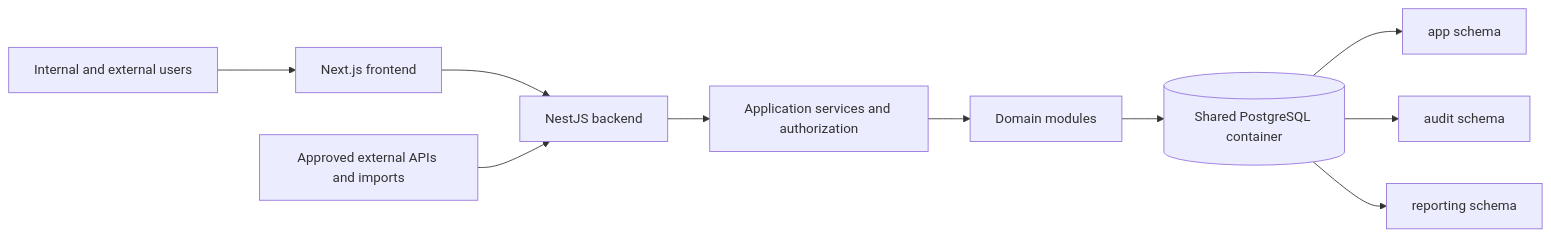
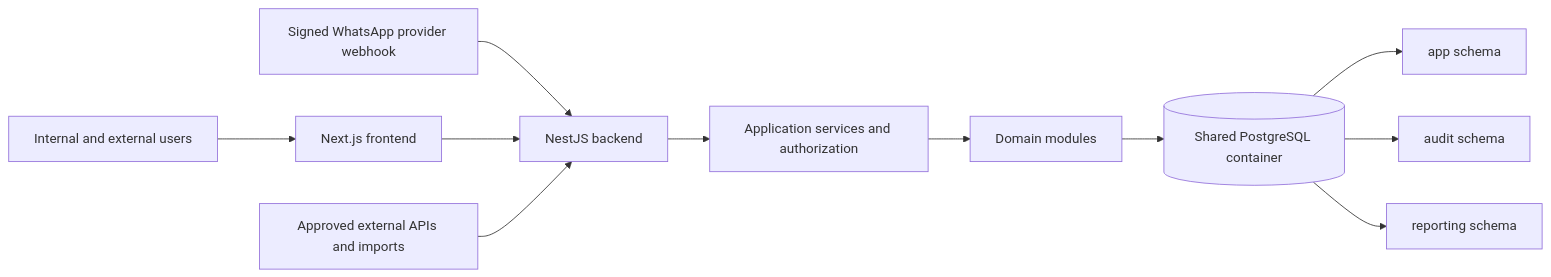
Before and after one commit to arpanm/logistics-management: the first of 2 diagrams in docs/ARCHITECTURE.md, drawn with Mermaid. The commit also changed other lines of this file and 84 other files, not shown here.

````diff
--- a/docs/ARCHITECTURE.md
+++ b/docs/ARCHITECTURE.md
@@ -13,12 +13,13 @@
 ```mermaid
 flowchart LR
     U["Internal and external users"] --> F["Next.js frontend"]
+    W["Signed WhatsApp provider webhook"] --> B
     F --> B["NestJS backend"]
     E["Approved external APIs and imports"] --> B
     B --> A["Application services and authorization"]
     A --> D["Domain modules"]
     D --> P[("Shared PostgreSQL container")]
     P --> S1["app schema"]
     P --> S2["audit schema"]
     P --> S3["reporting schema"]
 ```
````
